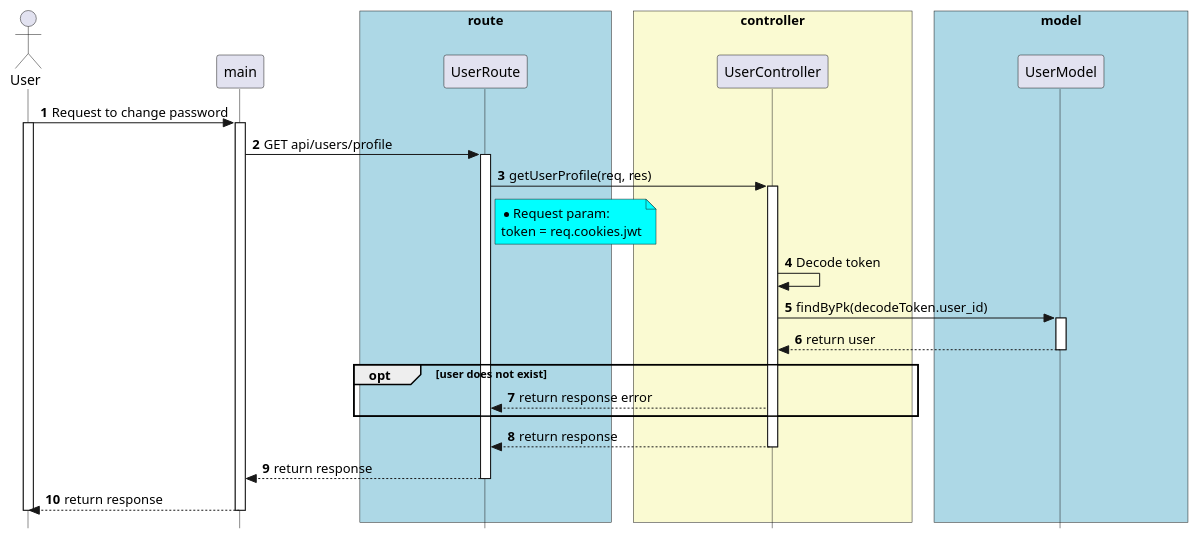
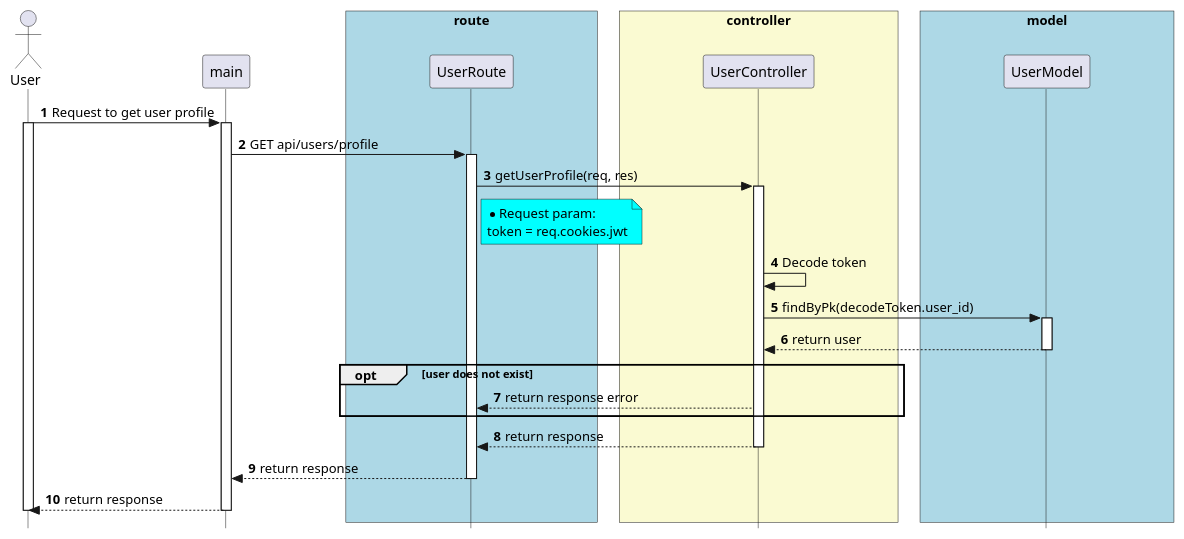
The diagram in diagram/sequence/API/users/getUserProfile .pu (techcomrade/fmECG), drawn with PlantUML before and after one commit. The commit also changed 9 other files, not shown here.

```diff
--- a/diagram/sequence/API/users/getUserProfile .pu
+++ b/diagram/sequence/API/users/getUserProfile .pu
@@ -1,87 +1,87 @@
 @startuml
 
 
 skinparam style strictuml
 
 skinparam lifelineStrategy solid
 
 skinparam ParticipantPadding 80
 
 skinparam BoxPadding 10
 
 autonumber
 
 actor User as User
 
 
 participant main as main
 
 
 box "route" #lightBlue
 
 participant UserRoute as UserRoute
 
 end box
 
 
 box "controller" #LightGoldenRodYellow
 participant UserController as UserController
 
 end box
 
 
 box "model" #lightBlue
 participant UserModel as UserModel
 
 end box
 
 
-User -> main: Request to change password
+User -> main: Request to get user profile
 activate User
 activate main
 
 main -> UserRoute: GET api/users/profile
 activate UserRoute
 
 
 UserRoute -> UserController: getUserProfile(req, res)
 activate UserController
 
 note right of UserRoute #Aqua
 * Request param:
 token = req.cookies.jwt
 end note
 
 
 
 UserController -> UserController: Decode token
 
 UserController -> UserModel: findByPk(decodeToken.user_id)
 
 activate  UserModel
 
 UserModel --> UserController: return user
 
 deactivate UserModel
 
 opt user does not exist
   UserController --> UserRoute: return response error
 end
 
 
 
 UserController --> UserRoute: return response
 
 deactivate UserController
 
 UserRoute --> main: return response
 
 deactivate UserRoute
 
 main --> User: return response
 
 deactivate main
 deactivate User
 
 
 @enduml
```
